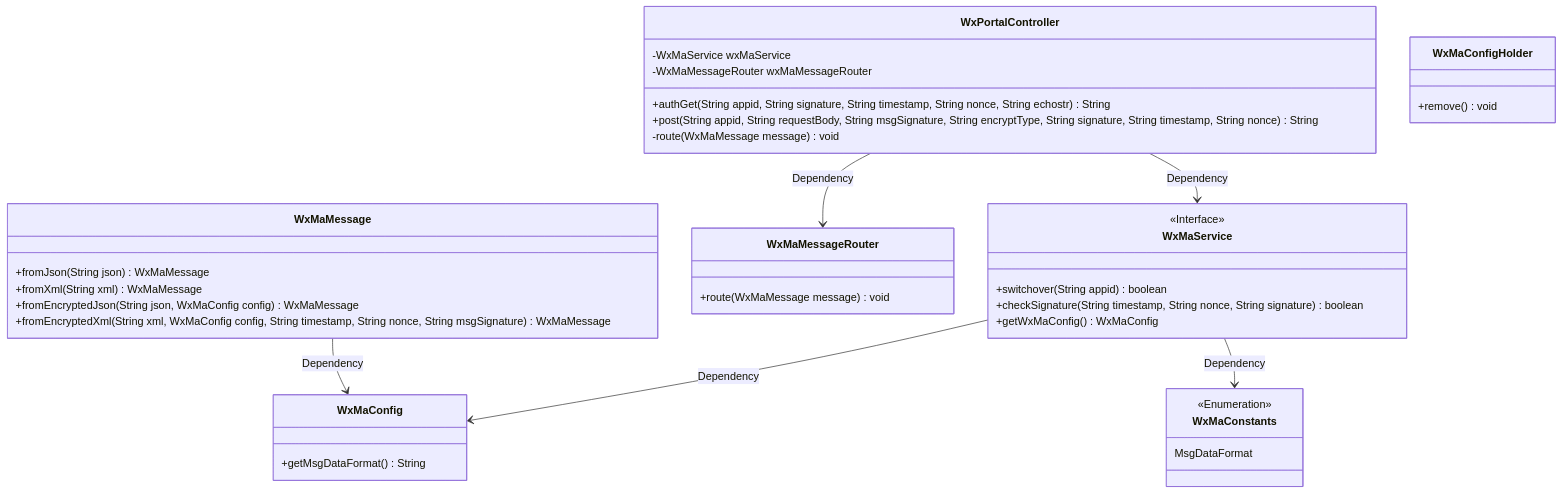
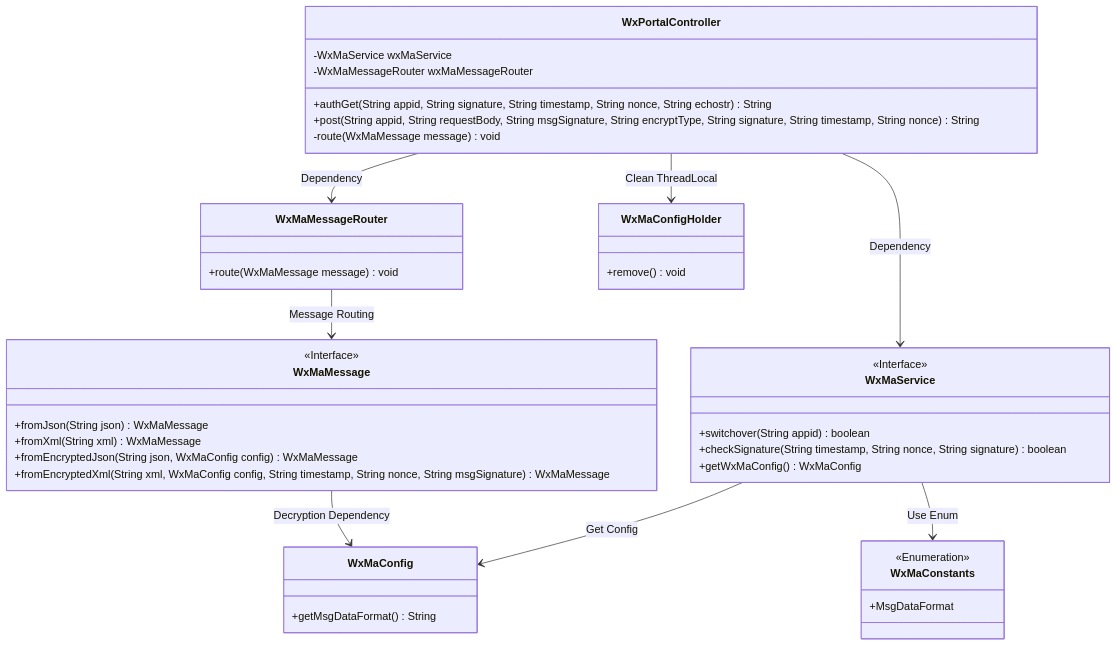
The first of 2 diagrams in docs/en/docs/src/main/java/com/github/binarywang/demo/wx/miniapp/controller/WxPortalController.md (v-wjrong/rongwj666_weixin-java-miniapp-demo), drawn with Mermaid before and after one commit. The commit also changed other lines of this file and 49 other files, not shown here.

````diff
--- a/docs/en/docs/src/main/java/com/github/binarywang/demo/wx/miniapp/controller/WxPortalController.md
+++ b/docs/en/docs/src/main/java/com/github/binarywang/demo/wx/miniapp/controller/WxPortalController.md
@@ -36,47 +36,50 @@
 ```mermaid
 classDiagram
     class WxPortalController {
         -WxMaService wxMaService
         -WxMaMessageRouter wxMaMessageRouter
         +authGet(String appid, String signature, String timestamp, String nonce, String echostr) String
         +post(String appid, String requestBody, String msgSignature, String encryptType, String signature, String timestamp, String nonce) String
         -route(WxMaMessage message) void
     }
 
     class WxMaService {
         <<Interface>>
         +switchover(String appid) boolean
         +checkSignature(String timestamp, String nonce, String signature) boolean
         +getWxMaConfig() WxMaConfig
     }
 
     class WxMaMessageRouter {
         +route(WxMaMessage message) void
     }
 
     class WxMaMessage {
+        <<Interface>>
         +fromJson(String json) WxMaMessage
         +fromXml(String xml) WxMaMessage
         +fromEncryptedJson(String json, WxMaConfig config) WxMaMessage
         +fromEncryptedXml(String xml, WxMaConfig config, String timestamp, String nonce, String msgSignature) WxMaMessage
     }
 
     class WxMaConfig {
         +getMsgDataFormat() String
     }
 
-    class WxMaConstants {
-        <<Enumeration>>
-        MsgDataFormat
-    }
-
     class WxMaConfigHolder {
         +remove() void
     }
 
+    class WxMaConstants {
+        <<Enumeration>>
+        +MsgDataFormat
+    }
+
     WxPortalController --> WxMaService : Dependency
     WxPortalController --> WxMaMessageRouter : Dependency
-    WxMaMessage --> WxMaConfig : Dependency
-    WxMaService --> WxMaConfig : Dependency
-    WxMaService --> WxMaConstants : Dependency
+    WxMaMessageRouter --> WxMaMessage : Message Routing
+    WxMaService --> WxMaConfig : Get Config
+    WxMaMessage --> WxMaConfig : Decryption Dependency
+    WxPortalController --> WxMaConfigHolder : Clean ThreadLocal
+    WxMaService --> WxMaConstants : Use Enum
 ```
````
